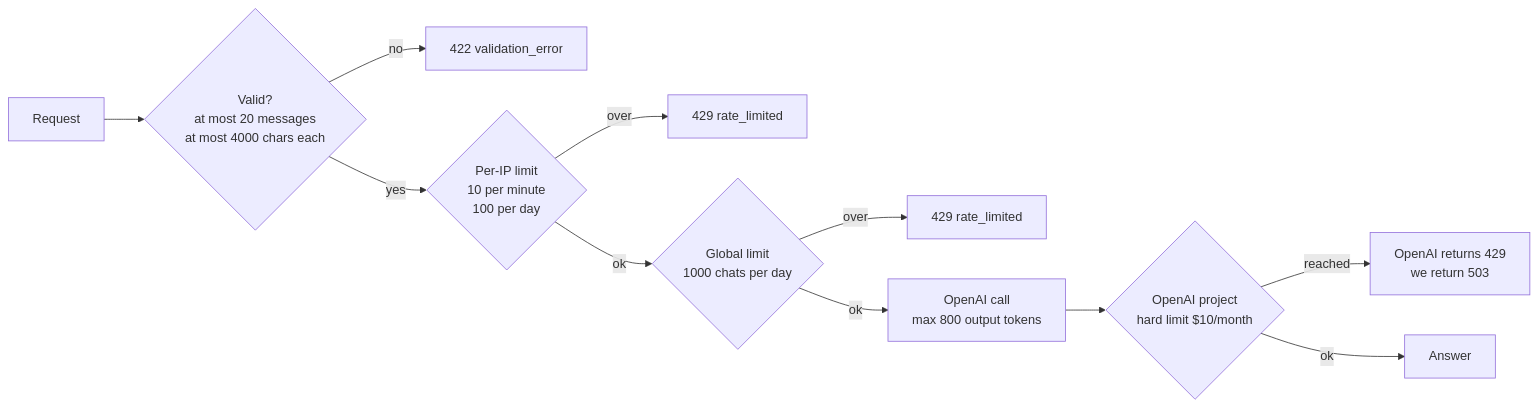
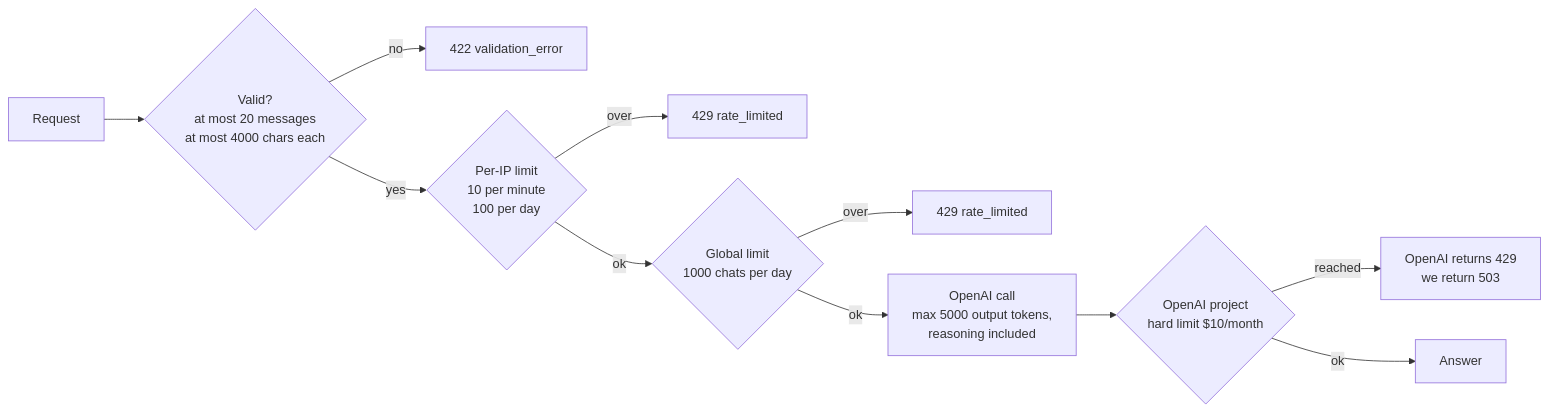
The sixth of 6 diagrams in docs/deployment.md (NaveenManjappa/hr-assist), drawn with Mermaid before and after one commit. The commit also changed other lines of this file and 15 other files, not shown here.

````diff
--- a/docs/deployment.md
+++ b/docs/deployment.md
@@ -245,13 +245,13 @@
 ```mermaid
 flowchart LR
     R[Request] --> V{"Valid?<br/>at most 20 messages<br/>at most 4000 chars each"}
     V -- no --> E1[422 validation_error]
     V -- yes --> P{"Per-IP limit<br/>10 per minute<br/>100 per day"}
     P -- over --> E2[429 rate_limited]
     P -- ok --> G{"Global limit<br/>1000 chats per day"}
     G -- over --> E3[429 rate_limited]
-    G -- ok --> M["OpenAI call<br/>max 800 output tokens"]
+    G -- ok --> M["OpenAI call<br/>max 5000 output tokens,<br/>reasoning included"]
     M --> H{"OpenAI project<br/>hard limit $10/month"}
     H -- reached --> E4[OpenAI returns 429<br/>we return 503]
     H -- ok --> OK[Answer]
 ```
````
